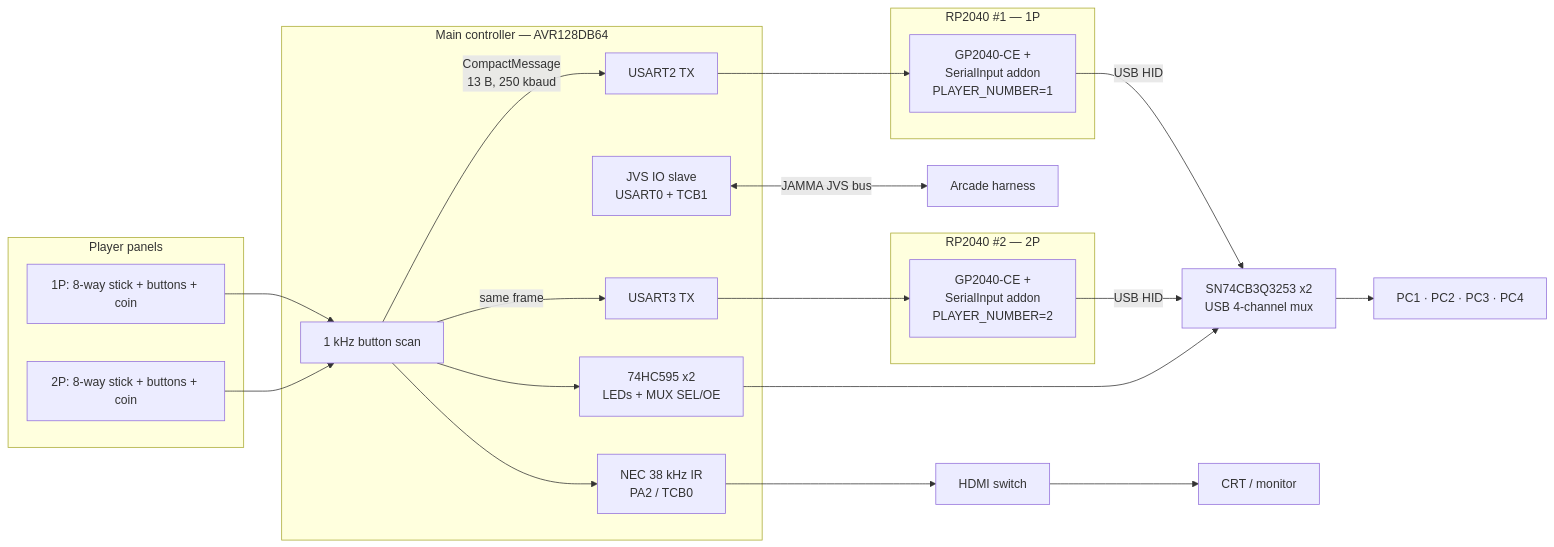
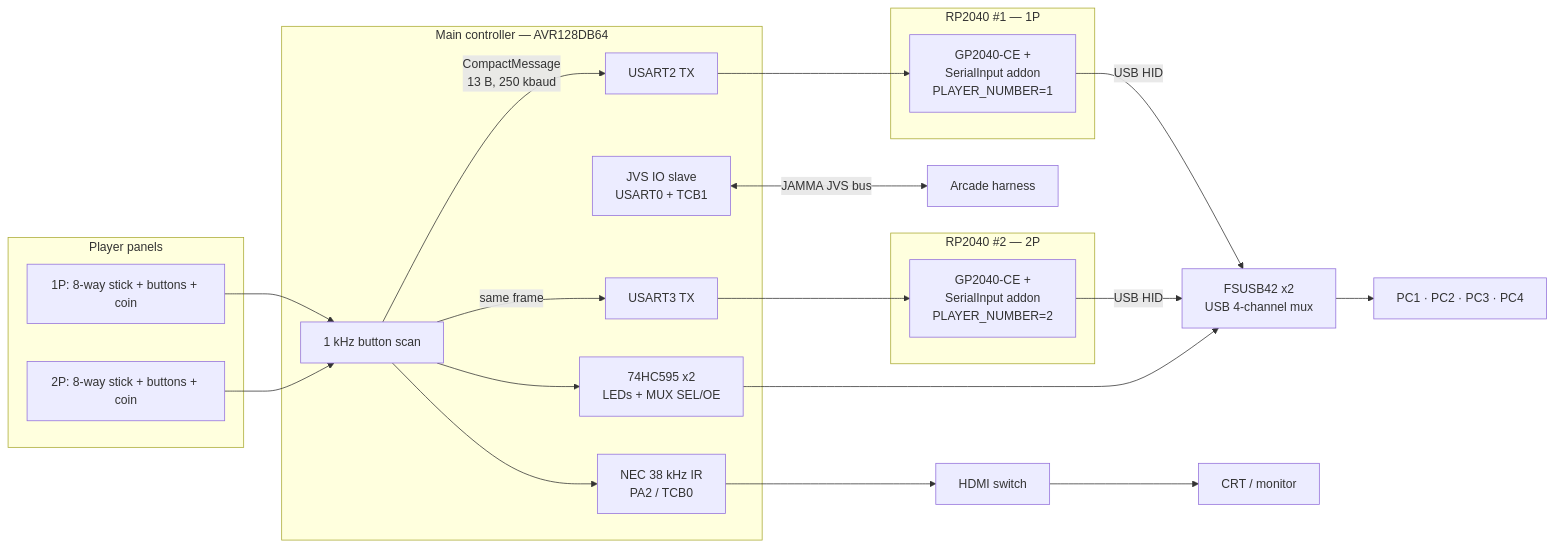
Before and after one commit to AhnYeonjo/MEGAKEY_GITHUB: the diagram in README.md, drawn with Mermaid. The commit also changed other lines of this file and 16 other files, not shown here.

First line of the commit message:
hardware: add JLCPCB fabrication zips (MegaPCB/POWERPCB/USBMUX); fix USB mux chip SN74CB3Q3253 -> FSUSB42

````diff
--- a/README.md
+++ b/README.md
@@ -14,39 +14,39 @@
 ```mermaid
 flowchart LR
     subgraph panels["Player panels"]
         P1[1P: 8-way stick + buttons + coin]
         P2[2P: 8-way stick + buttons + coin]
     end
 
     subgraph main["Main controller — AVR128DB64"]
         SCAN[1 kHz button scan]
         SR[74HC595 x2<br/>LEDs + MUX SEL/OE]
         IR[NEC 38 kHz IR<br/>PA2 / TCB0]
         JVS[JVS IO slave<br/>USART0 + TCB1]
         U2[USART2 TX]
         U3[USART3 TX]
     end
 
     subgraph rp1["RP2040 #1 — 1P"]
         A1[GP2040-CE +<br/>SerialInput addon<br/>PLAYER_NUMBER=1]
     end
     subgraph rp2["RP2040 #2 — 2P"]
         A2[GP2040-CE +<br/>SerialInput addon<br/>PLAYER_NUMBER=2]
     end
 
-    MUX[SN74CB3Q3253 x2<br/>USB 4-channel mux]
+    MUX[FSUSB42 x2<br/>USB 4-channel mux]
     HDMI[HDMI switch]
     HOST[PC1 · PC2 · PC3 · PC4]
     CRT[CRT / monitor]
 
     P1 --> SCAN
     P2 --> SCAN
     SCAN -->|"CompactMessage<br/>13 B, 250 kbaud"| U2 --> A1
     SCAN -->|same frame| U3 --> A2
     A1 -->|USB HID| MUX
     A2 -->|USB HID| MUX
     MUX --> HOST
     SCAN --> SR --> MUX
     SCAN --> IR --> HDMI --> CRT
     JVS <-->|JAMMA JVS bus| JAMMA[Arcade harness]
 ```
````
